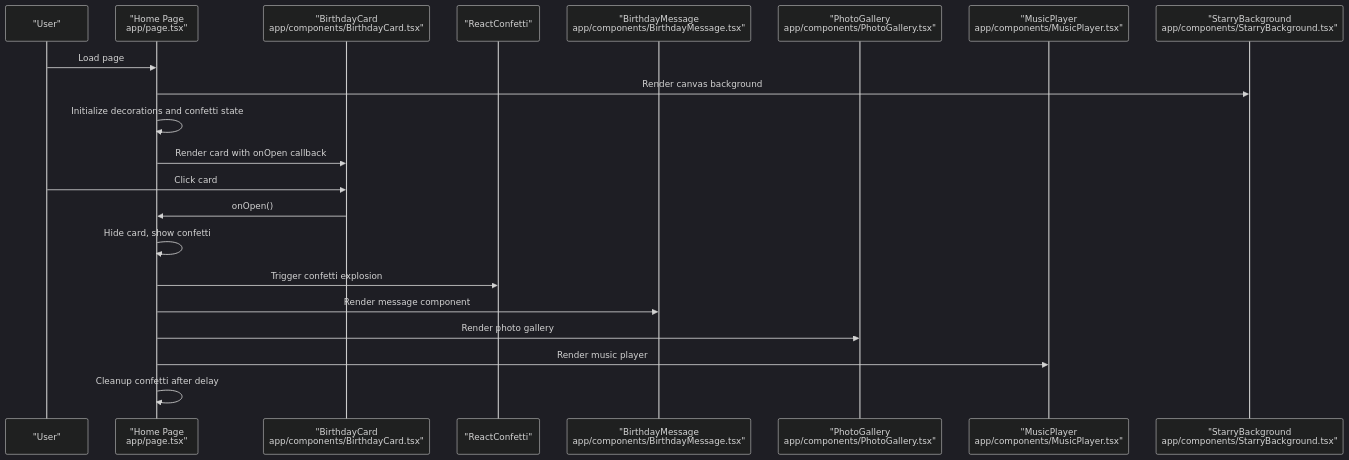
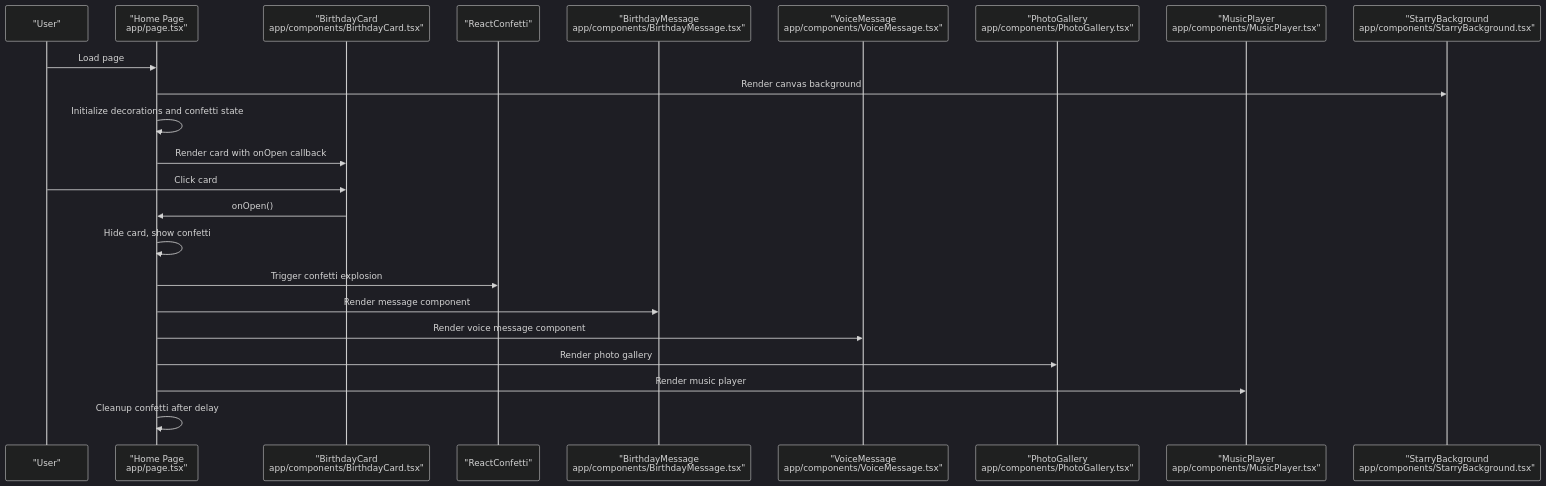
One commit to alifsurya2710/Selamat-Ulang-Tahun changed the second of 9 diagrams in .qoder/repowiki/en/content/Birthday Experience Components.md. Above: the diagram before and after it, drawn with Mermaid (dark theme). The commit also changed other lines of this file and 31 other files, not shown here.

````diff
--- a/.qoder/repowiki/en/content/Birthday Experience Components.md
+++ b/.qoder/repowiki/en/content/Birthday Experience Components.md
@@ -110,23 +139,25 @@
 ```mermaid
 sequenceDiagram
 participant User as "User"
 participant Page as "Home Page<br/>app/page.tsx"
 participant Card as "BirthdayCard<br/>app/components/BirthdayCard.tsx"
 participant Confetti as "ReactConfetti"
 participant Msg as "BirthdayMessage<br/>app/components/BirthdayMessage.tsx"
+participant Voice as "VoiceMessage<br/>app/components/VoiceMessage.tsx"
 participant Gallery as "PhotoGallery<br/>app/components/PhotoGallery.tsx"
 participant Music as "MusicPlayer<br/>app/components/MusicPlayer.tsx"
 participant Star as "StarryBackground<br/>app/components/StarryBackground.tsx"
 User->>Page : Load page
 Page->>Star : Render canvas background
 Page->>Page : Initialize decorations and confetti state
 Page->>Card : Render card with onOpen callback
 User->>Card : Click card
 Card->>Page : onOpen()
 Page->>Page : Hide card, show confetti
 Page->>Confetti : Trigger confetti explosion
 Page->>Msg : Render message component
+Page->>Voice : Render voice message component
 Page->>Gallery : Render photo gallery
 Page->>Music : Render music player
 Page->>Page : Cleanup confetti after delay
 ```
````
